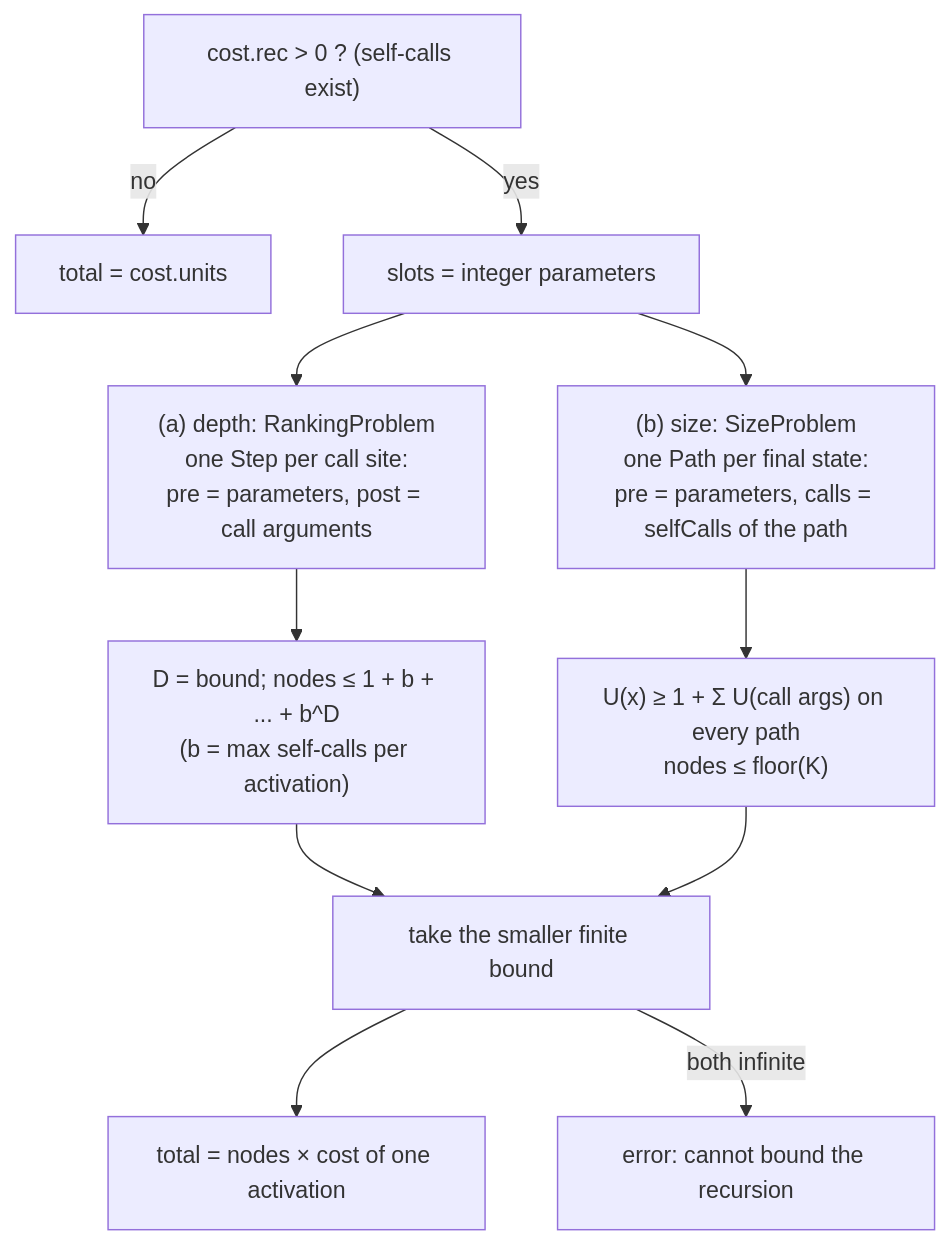
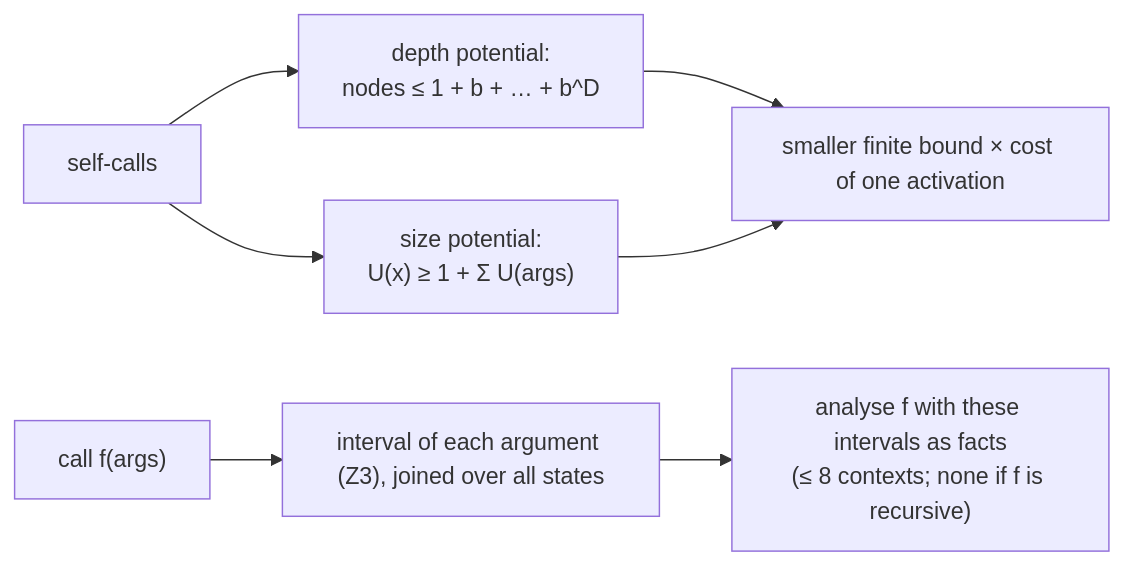
The fifth of 6 diagrams in docs/guide/04-plugin.md (ldallolio/crosscheck), drawn with Mermaid before and after one commit. The commit also changed other lines of this file and 18 other files, not shown here.

First line of the commit message:
Split the paper in two; shorter guide with more diagrams

````diff
--- a/docs/guide/04-plugin.md
+++ b/docs/guide/04-plugin.md
@@ -633,13 +134,9 @@
 ```mermaid
-flowchart TD
-  A["cost.rec > 0 ? (self-calls exist)"] -->|no| Z["total = cost.units"]
-  A -->|yes| B["slots = integer parameters"]
-  B --> C["(a) depth: RankingProblem<br/>one Step per call site:<br/>pre = parameters, post = call arguments"]
-  B --> D["(b) size: SizeProblem<br/>one Path per final state:<br/>pre = parameters, calls = selfCalls of the path"]
-  C --> E["D = bound; nodes ≤ 1 + b + ... + b^D<br/>(b = max self-calls per activation)"]
-  D --> F["U(x) ≥ 1 + Σ U(call args) on every path<br/>nodes ≤ floor(K)"]
-  E --> G["take the smaller finite bound"]
-  F --> G
-  G --> H["total = nodes × cost of one activation"]
-  G -->|both infinite| X["error: cannot bound the recursion"]
+flowchart LR
+  R["self-calls"] --> D["depth potential:<br/>nodes ≤ 1 + b + … + b^D"]
+  R --> S["size potential:<br/>U(x) ≥ 1 + Σ U(args)"]
+  D --> M["smaller finite bound × cost of one activation"]
+  S --> M
+  C["call f(args)"] --> I["interval of each argument (Z3), joined over all states"]
+  I --> X["analyse f with these intervals as facts<br/>(≤ 8 contexts; none if f is recursive)"]
 ```
````
